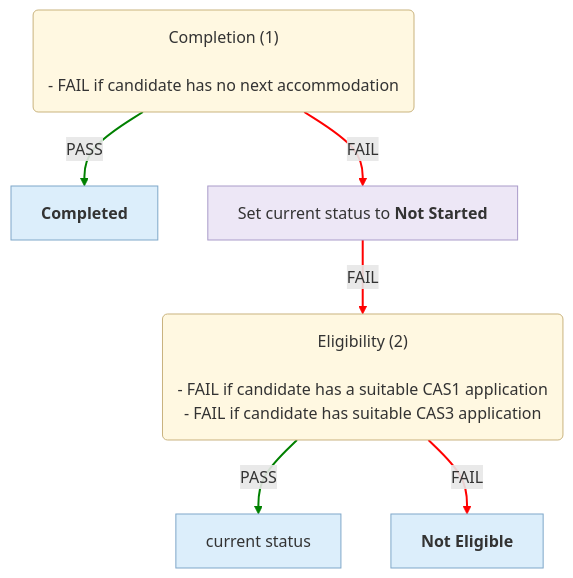
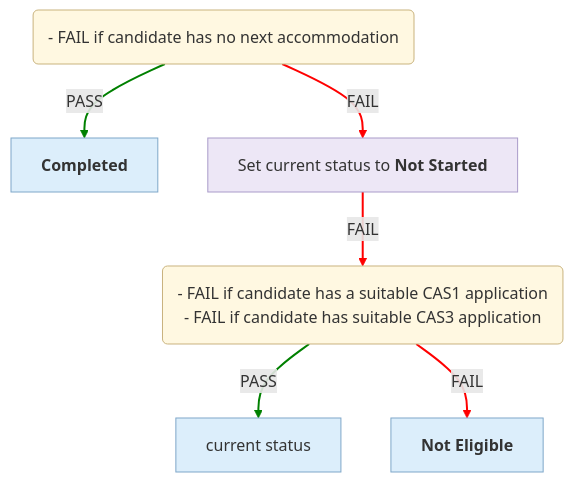
One commit to uk-gov-mirror/ministryofjustice.hmpps-single-accommodation-service-api changed the sixth of 6 diagrams in docs/eligibility-rules-graph.md. Above: the diagram before and after it, drawn with Mermaid. The commit also changed other lines of this file, not shown here.

Commit message:
chore/SAS-1532-Use-UI-statuses-in-graph-instead-of-enums

````diff
--- a/docs/eligibility-rules-graph.md
+++ b/docs/eligibility-rules-graph.md
@@ -624,28 +574,24 @@
 ```mermaid
 %%{init: {"flowchart": {"wrappingWidth": 800}}}%%
 flowchart TD
-  Completion("Completion (1)
-
-- FAIL if candidate has no next accommodation")
+  Completion("- FAIL if candidate has no next accommodation")
   Completed["<b>Completed</b>"]
   updater_Set_current_status_to_Not_Started["Set current status to <b>Not Started</b>"]
-  Eligibility("Eligibility (2)
-
-- FAIL if candidate has a suitable CAS1 application
+  Eligibility("- FAIL if candidate has a suitable CAS1 application
 - FAIL if candidate has suitable CAS3 application")
   current_status["current status"]
   Not_Eligible["<b>Not Eligible</b>"]
   Completion -->|PASS| Completed
   Completion -->|FAIL| updater_Set_current_status_to_Not_Started
   Eligibility -->|PASS| current_status
   Eligibility -->|FAIL| Not_Eligible
   updater_Set_current_status_to_Not_Started -->|FAIL| Eligibility
   linkStyle 0,2 stroke:green,stroke-width:2px
   linkStyle 1,3,4 stroke:red,stroke-width:2px
   classDef ruleSetNode fill:#FFF8E1,stroke:#C9B37E,color:#333
   classDef outcomeNode fill:#DCEEFB,stroke:#7FA7C9,color:#333
   classDef updaterNode fill:#EDE7F6,stroke:#A99BC9,color:#333
   class Completion,Eligibility ruleSetNode
   class Completed,current_status,Not_Eligible outcomeNode
   class updater_Set_current_status_to_Not_Started updaterNode
 ```
````
